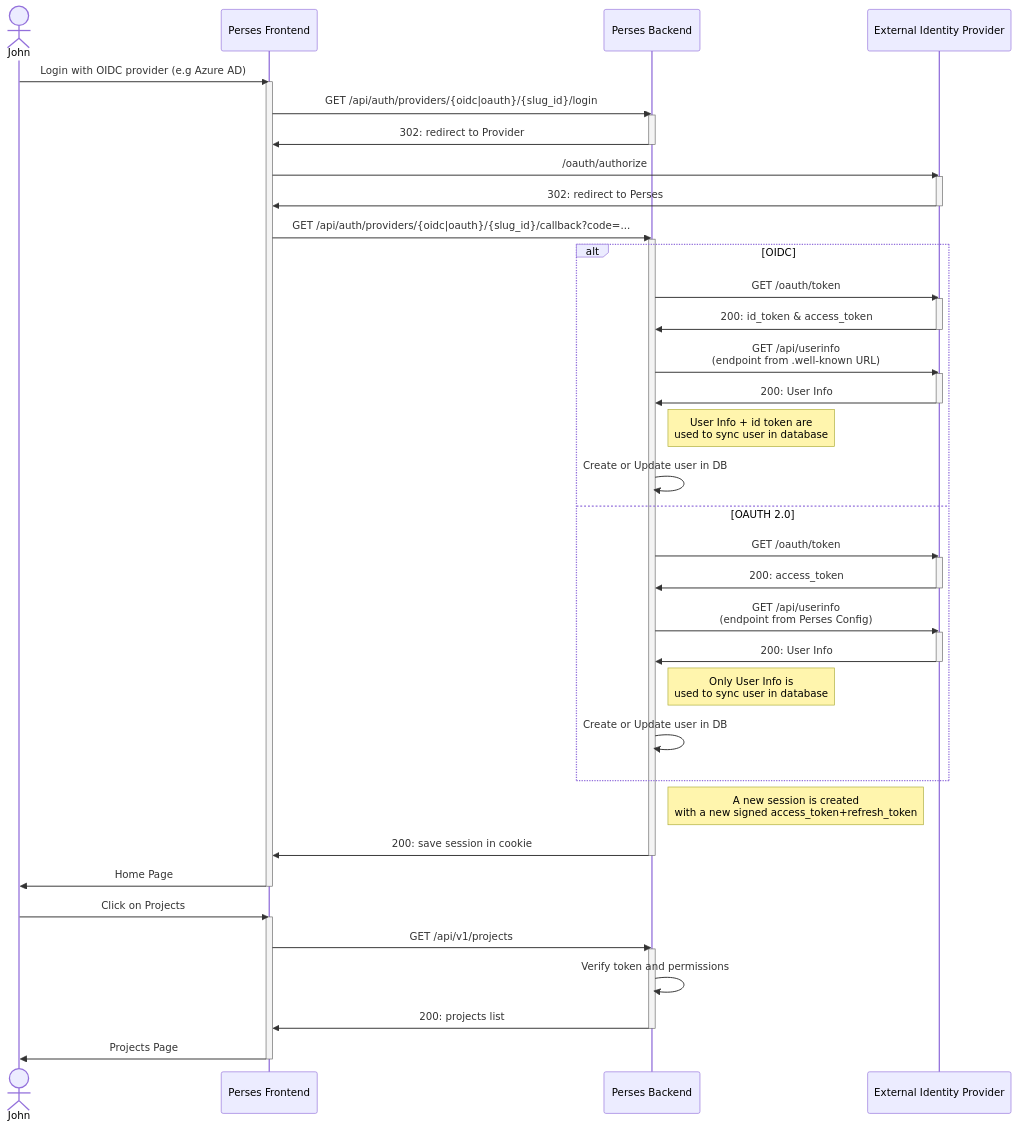
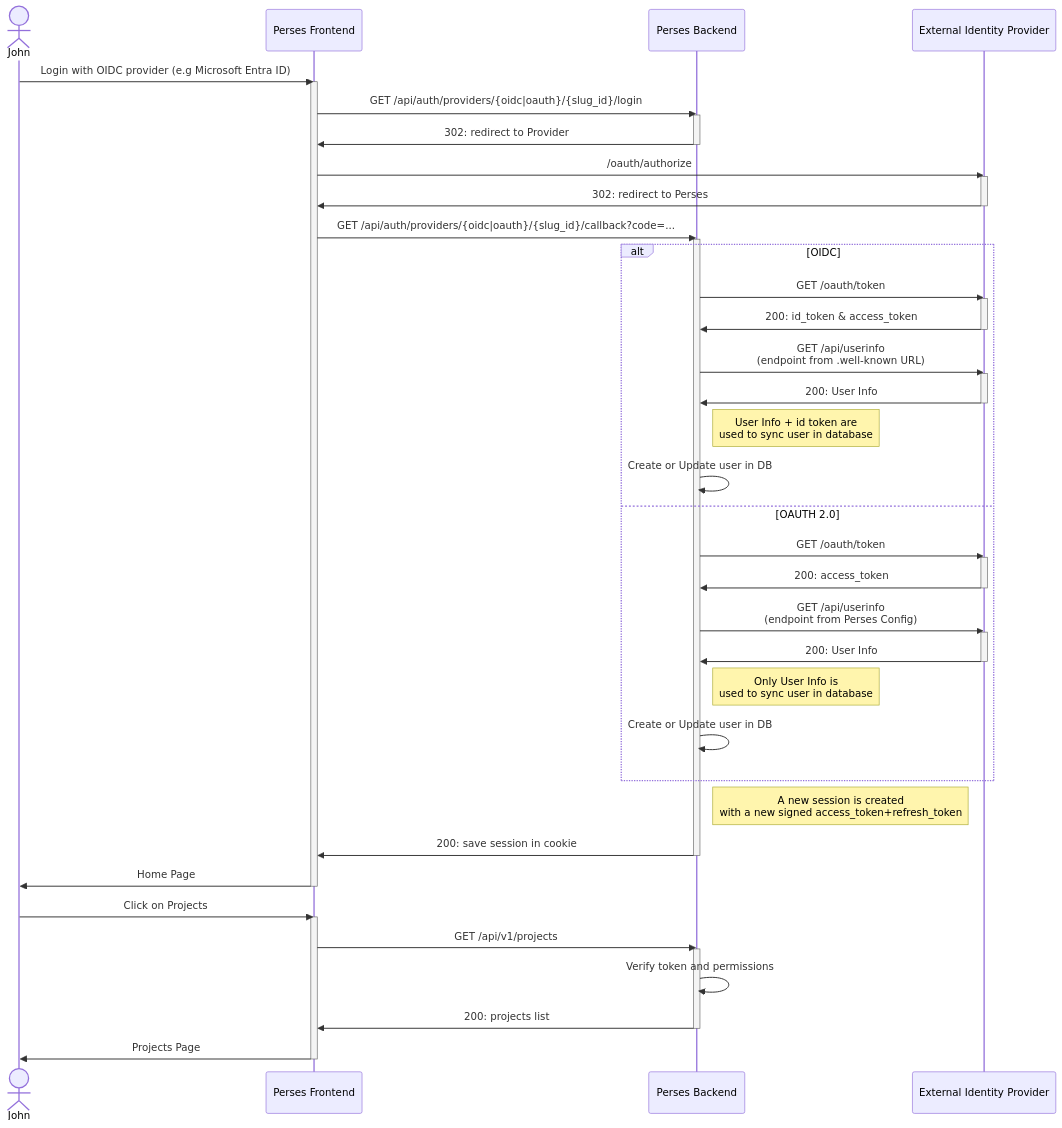
One commit to perses/perses changed the first of 3 diagrams in docs/concepts/authentication.md. Above: the diagram before and after it, drawn with Mermaid. The commit also changed other lines of this file and 1 other file, not shown here.

Commit message:
[DOC] Azure AD -> Entra ID and add logout diclaimer

````diff
--- a/docs/concepts/authentication.md
+++ b/docs/concepts/authentication.md
@@ -77,58 +79,58 @@
 ```mermaid
 sequenceDiagram
     actor hu as John
     #actor ro as Robot
     participant br as Perses Frontend
     participant rp as Perses Backend
     participant op as External Identity Provider
     
-    hu->>br: Login with OIDC provider (e.g Azure AD)
+    hu->>br: Login with OIDC provider (e.g Microsoft Entra ID)
     activate br
     br->>rp: GET /api/auth/providers/{oidc|oauth}/{slug_id}/login
     activate rp
     rp->>br: 302: redirect to Provider
     deactivate rp
     br->>op: /oauth/authorize
     activate op
     op->>br: 302: redirect to Perses
     deactivate op
     br->>rp: GET /api/auth/providers/{oidc|oauth}/{slug_id}/callback?code=...
     activate rp
     alt OIDC
         rp->>op: GET /oauth/token
         activate op
         op->>rp: 200: id_token & access_token
         deactivate op
         rp->>op: GET /api/userinfo<br/> (endpoint from .well-known URL)
         activate op
         op->>rp: 200: User Info
         deactivate op
         Note right of rp: User Info + id token are<br/> used to sync user in database
         rp->>rp: Create or Update user in DB
     else OAUTH 2.0
         rp->>op: GET /oauth/token
         activate op
         op->>rp: 200: access_token
         deactivate op
         rp->>op: GET /api/userinfo<br/> (endpoint from Perses Config)
         activate op
         op->>rp: 200: User Info
         deactivate op
         Note right of rp: Only User Info is<br/> used to sync user in database
         rp->>rp: Create or Update user in DB
     end
     Note right of rp: A new session is created<br /> with a new signed access_token+refresh_token
     rp->>br: 200: save session in cookie
     deactivate rp
     br->>hu: Home Page
     deactivate br
     hu->>br: Click on Projects
     activate br
     br->>rp: GET /api/v1/projects
     activate rp
     rp->>rp: Verify token and permissions
     rp->>br: 200: projects list
     deactivate rp
     br->>hu: Projects Page
     deactivate br
 ```
````
